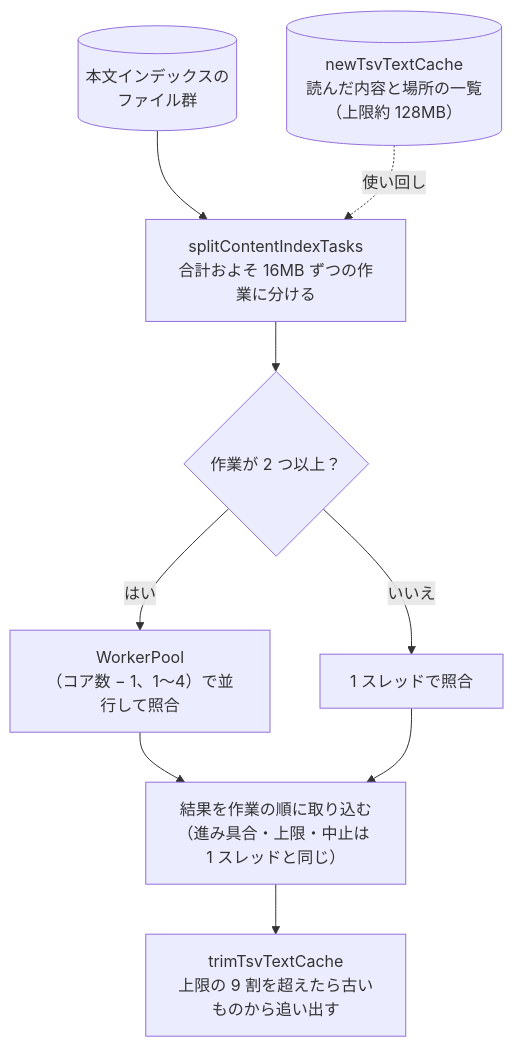
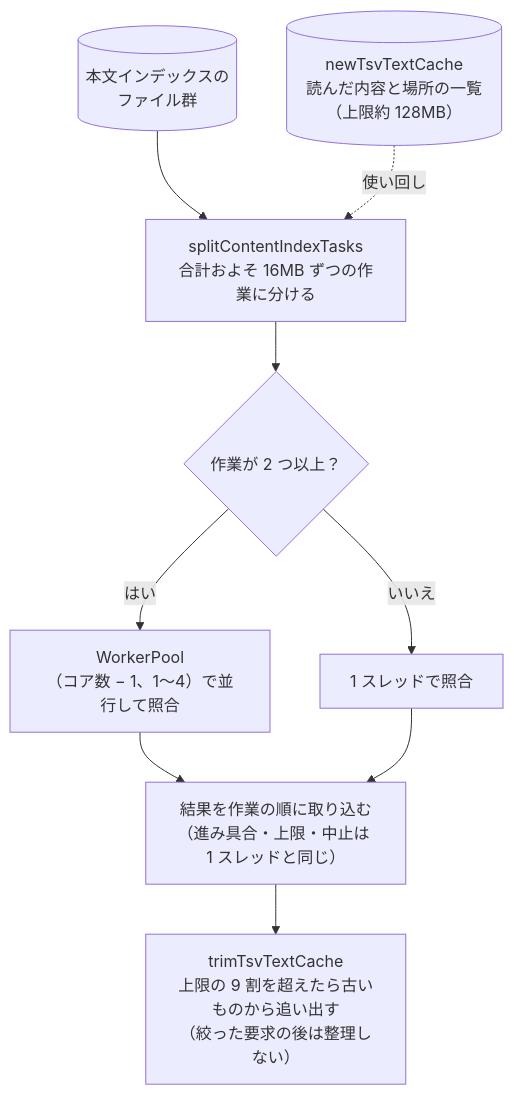
The diagram in docs/design/search/speed.md (hsgwa/tebunko), drawn with Mermaid before and after one commit. The commit also changed other lines of this file and 5 other files, not shown here.

````diff
--- a/docs/design/search/speed.md
+++ b/docs/design/search/speed.md
@@ -22,11 +22,11 @@
 ```mermaid
 flowchart TD
     files[("本文インデックスの<br>ファイル群")] --> split["splitContentIndexTasks<br>合計およそ 16MB ずつの作業に分ける"]
     split --> many{"作業が 2 つ以上？"}
     many -- はい --> pool["WorkerPool<br>（コア数 − 1、1〜4）で並行して照合"]
     many -- いいえ --> single["1 スレッドで照合"]
     pool --> merge["結果を作業の順に取り込む<br>（進み具合・上限・中止は 1 スレッドと同じ）"]
     single --> merge
     cache[("newTsvTextCache<br>読んだ内容と場所の一覧（上限約 128MB）")] -. 使い回し .-> split
-    merge --> trim["trimTsvTextCache<br>上限の 9 割を超えたら古いものから追い出す"]
+    merge --> trim["trimTsvTextCache<br>上限の 9 割を超えたら古いものから追い出す<br>（絞った要求の後は整理しない）"]
 ```
````
